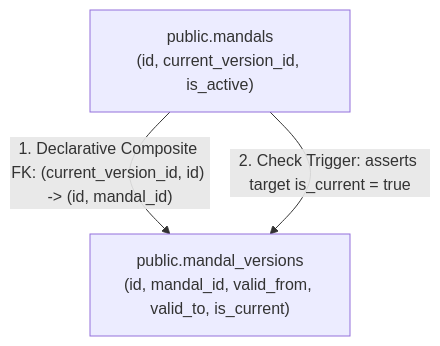
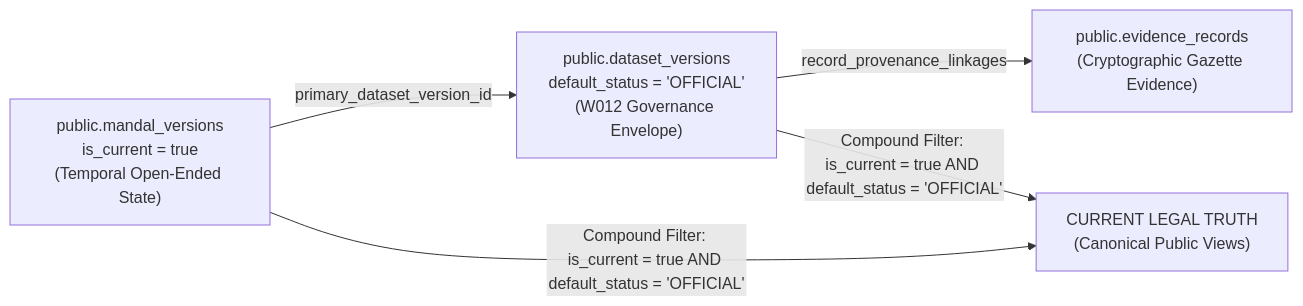
Before and after one commit to kshetra-app/Kshetra: the second of 2 diagrams in docs/w014_mandal_temporal_version_preflight.md, drawn with Mermaid. The commit also changed other lines of this file and 1 other file, not shown here.

Commit message:
docs: finalize w014 mandal preflight with bidirectional integrity

````diff
--- a/docs/w014_mandal_temporal_version_preflight.md
+++ b/docs/w014_mandal_temporal_version_preflight.md
@@ -67,8 +359,11 @@
 ```mermaid
-flowchart TD
-    M["public.mandals<br>(id, current_version_id, is_active)"]
-    MV["public.mandal_versions<br>(id, mandal_id, valid_from, valid_to, is_current)"]
+flowchart LR
+    MV["public.mandal_versions<br>is_current = true<br>(Temporal Open-Ended State)"]
+    DV["public.dataset_versions<br>default_status = 'OFFICIAL'<br>(W012 Governance Envelope)"]
+    EV["public.evidence_records<br>(Cryptographic Gazette Evidence)"]
 
-    M -- "1. Declarative Composite FK: (current_version_id, id) -> (id, mandal_id)" --> MV
-    M -- "2. Check Trigger: asserts target is_current = true" --> MV
+    MV -- "primary_dataset_version_id" --> DV
+    DV -- "record_provenance_linkages" --> EV
+
+    MV & DV -->|"Compound Filter: is_current = true AND default_status = 'OFFICIAL'"| LT["CURRENT LEGAL TRUTH<br>(Canonical Public Views)"]
 ```
````
